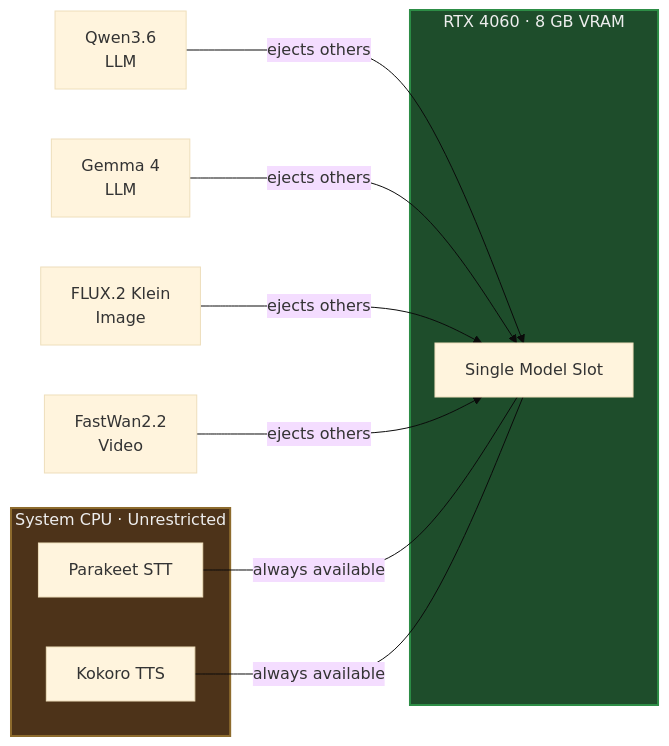
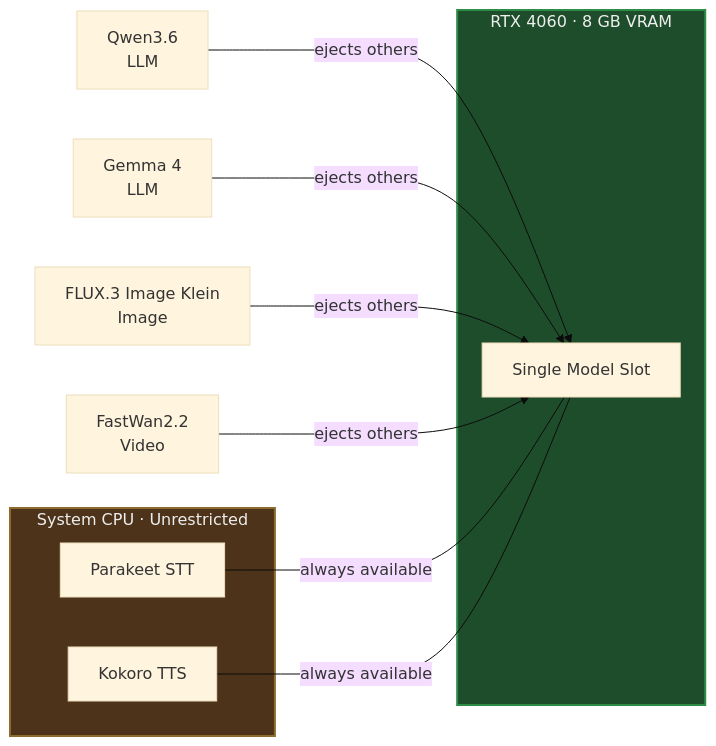
One commit to nakultt/MoE changed the ninth of 9 diagrams in README.md. Above: the diagram before and after it, drawn with Mermaid (base theme). The commit also changed other lines of this file and 37 other files, not shown here.

First line of the commit message:
Add Inkling 2 Mini and FLUX.3 Image Klein, upgrade runtimes

````diff
--- a/README.md
+++ b/README.md
@@ -1569,22 +1617,22 @@
 ```mermaid
 graph LR
     subgraph GPU["RTX 4060 · 8 GB VRAM"]
         SLOT["Single Model Slot"]
     end
 
     QWEN["Qwen3.6<br/>LLM"] -->|"ejects others"| SLOT
     GEMMA["Gemma 4<br/>LLM"] -->|"ejects others"| SLOT
-    FLUX["FLUX.2 Klein<br/>Image"] -->|"ejects others"| SLOT
+    FLUX["FLUX.3 Image Klein<br/>Image"] -->|"ejects others"| SLOT
     FAST["FastWan2.2<br/>Video"] -->|"ejects others"| SLOT
 
     subgraph CPU["System CPU · Unrestricted"]
         PARA["Parakeet STT"]
         KOKO["Kokoro TTS"]
     end
 
     PARA ---|"always available"| SLOT
     KOKO ---|"always available"| SLOT
 
     style GPU fill:#1e4d2b,stroke:#2d8d46,stroke-width:2px,color:#eee
     style CPU fill:#4d3319,stroke:#8d6b2d,stroke-width:2px,color:#eee
 ```
````
